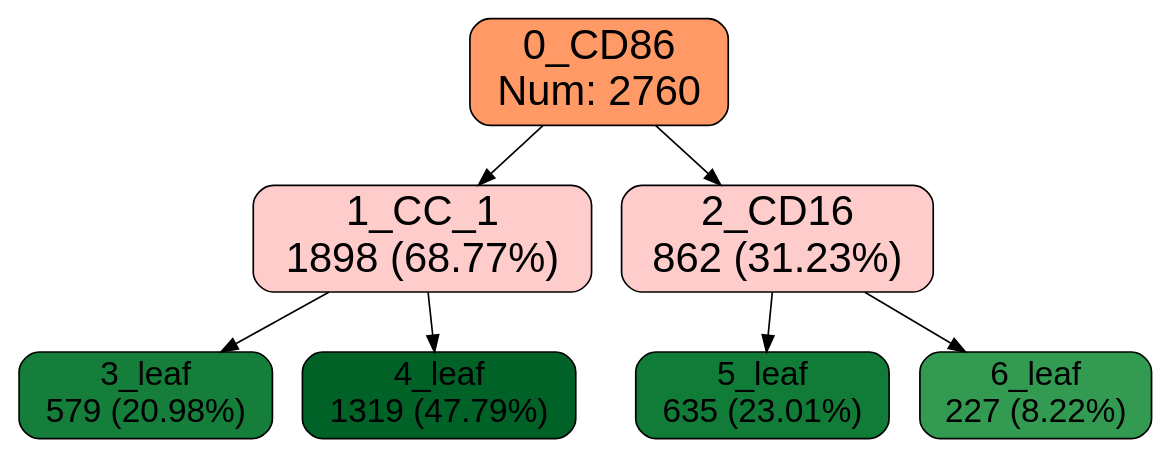
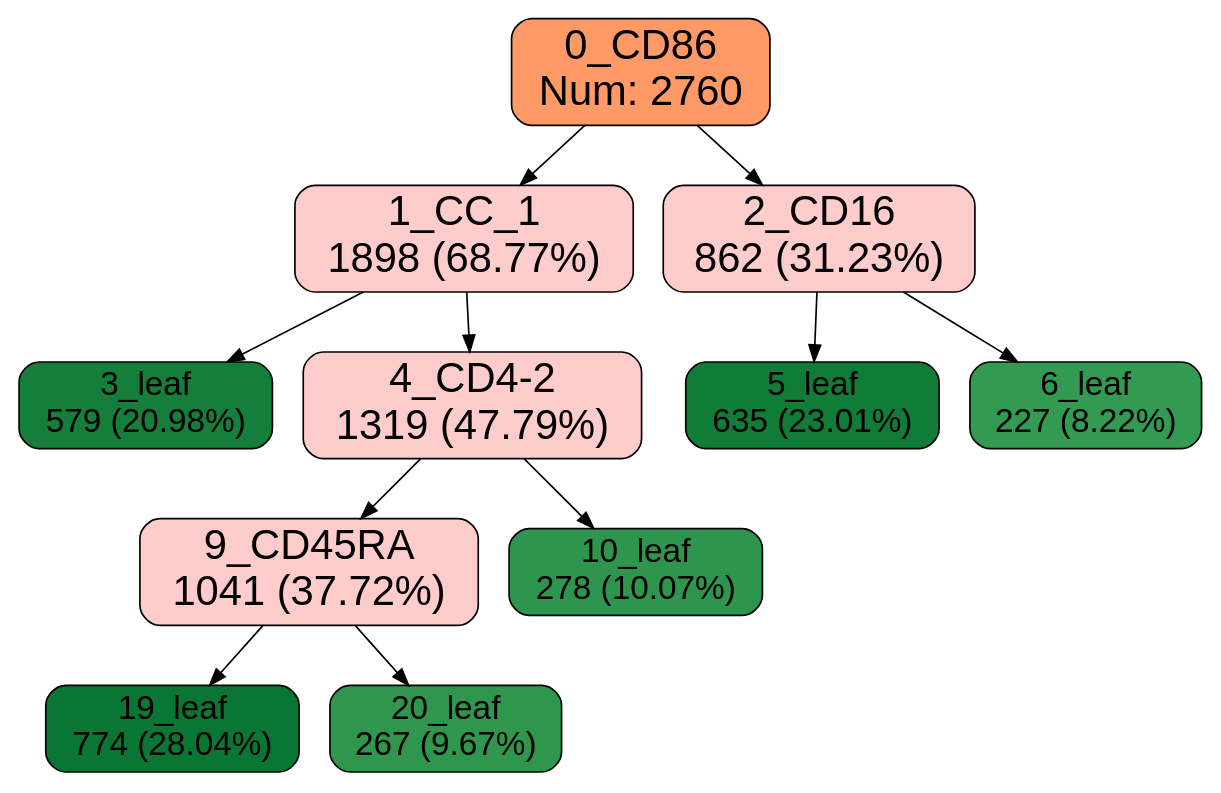
Before and after one commit to xinzhu-email/CITE-pool: the diagram in outputs/example/1/1/tree.dot, drawn with Graphviz. The commit also changed 23 other files, not shown here.

```diff
--- a/outputs/example/1/1/tree.dot
+++ b/outputs/example/1/1/tree.dot
@@ -1,1 +1,1 @@
-digraph Tree {node [shape=box, style="filled, rounded", color="black", fontname=helvetica] ;edge [fontname=helvetica] ;0 [label="0_CD86\nNum: 2760",fillcolor="#ff9966ff",fontsize=25];1 [label="1_CC_1\n1898 (68.77%)\n",fillcolor="#ffccccff",fontsize=25];0 -> 1 [labeldistance=3, label = "",fontsize=25, color=black, style=solid];2 [label="2_CD16\n862 (31.23%)\n",fillcolor="#ffccccff",fontsize=25];0 -> 2 [labeldistance=3, label = "",fontsize=25, color=black, style=solid];3 [label="3_leaf\n579 (20.98%)\n",fillcolor="#147e3a",fontsize=20];1 -> 3 [labeldistance=3, label = "",fontsize=25, color=black, style=solid];4 [label="4_leaf\n1319 (47.79%)\n",fillcolor="#006227",fontsize=20];1 -> 4 [labeldistance=3, label = "",fontsize=25, color=black, style=solid];5 [label="5_leaf\n635 (23.01%)\n",fillcolor="#117b38",fontsize=20];2 -> 5 [labeldistance=3, label = "",fontsize=25, color=black, style=solid];6 [label="6_leaf\n227 (8.22%)\n",fillcolor="#329b51",fontsize=20];2 -> 6 [labeldistance=3, label = "",fontsize=25, color=black, style=solid];}
+digraph Tree {node [shape=box, style="filled, rounded", color="black", fontname=helvetica] ;edge [fontname=helvetica] ;0 [label="0_CD86\nNum: 2760",fillcolor="#ff9966ff",fontsize=25];1 [label="1_CC_1\n1898 (68.77%)\n",fillcolor="#ffccccff",fontsize=25];0 -> 1 [labeldistance=3, label = "",fontsize=25, color=black, style=solid];2 [label="2_CD16\n862 (31.23%)\n",fillcolor="#ffccccff",fontsize=25];0 -> 2 [labeldistance=3, label = "",fontsize=25, color=black, style=solid];3 [label="3_leaf\n579 (20.98%)\n",fillcolor="#147e3a",fontsize=20];1 -> 3 [labeldistance=3, label = "",fontsize=25, color=black, style=solid];4 [label="4_CD4-2\n1319 (47.79%)\n",fillcolor="#ffccccff",fontsize=25];1 -> 4 [labeldistance=3, label = "",fontsize=25, color=black, style=solid];5 [label="5_leaf\n635 (23.01%)\n",fillcolor="#117b38",fontsize=20];2 -> 5 [labeldistance=3, label = "",fontsize=25, color=black, style=solid];6 [label="6_leaf\n227 (8.22%)\n",fillcolor="#329b51",fontsize=20];2 -> 6 [labeldistance=3, label = "",fontsize=25, color=black, style=solid];9 [label="9_CD45RA\n1041 (37.72%)\n",fillcolor="#ffccccff",fontsize=25];4 -> 9 [labeldistance=3, label = "",fontsize=25, color=black, style=solid];10 [label="10_leaf\n278 (10.07%)\n",fillcolor="#2d954d",fontsize=20];4 -> 10 [labeldistance=3, label = "",fontsize=25, color=black, style=solid];19 [label="19_leaf\n774 (28.04%)\n",fillcolor="#0a7633",fontsize=20];9 -> 19 [labeldistance=3, label = "",fontsize=25, color=black, style=solid];20 [label="20_leaf\n267 (9.67%)\n",fillcolor="#2e964d",fontsize=20];9 -> 20 [labeldistance=3, label = "",fontsize=25, color=black, style=solid];}
```
